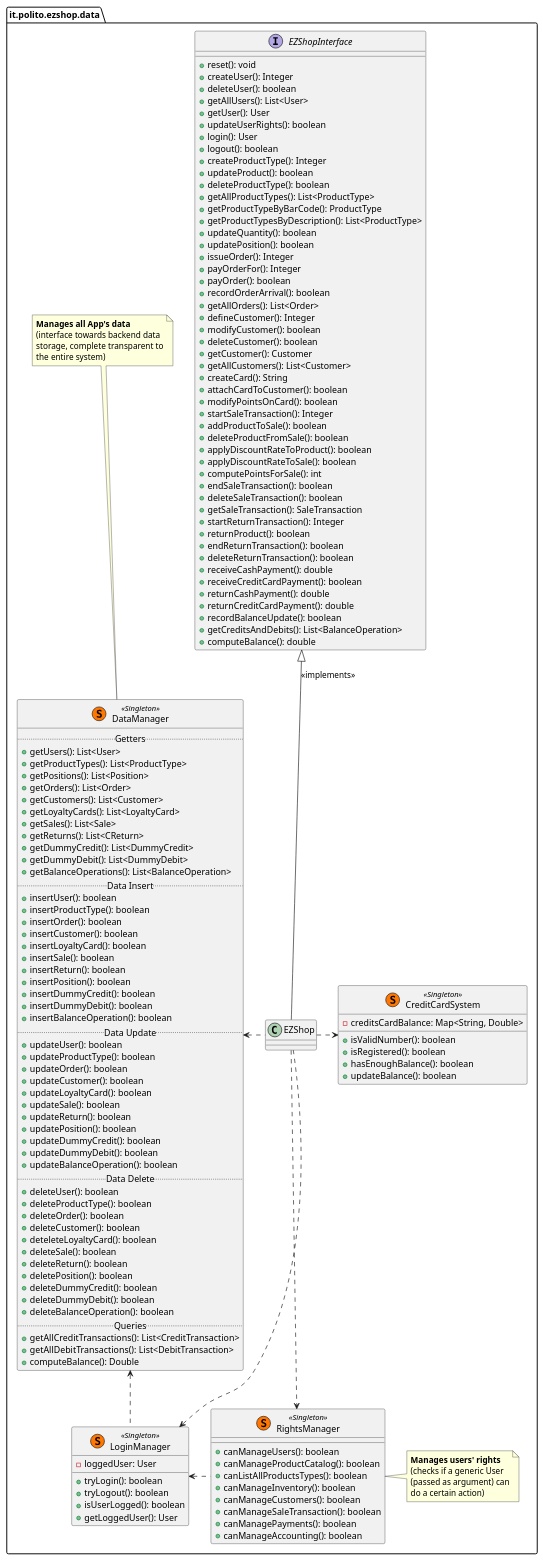
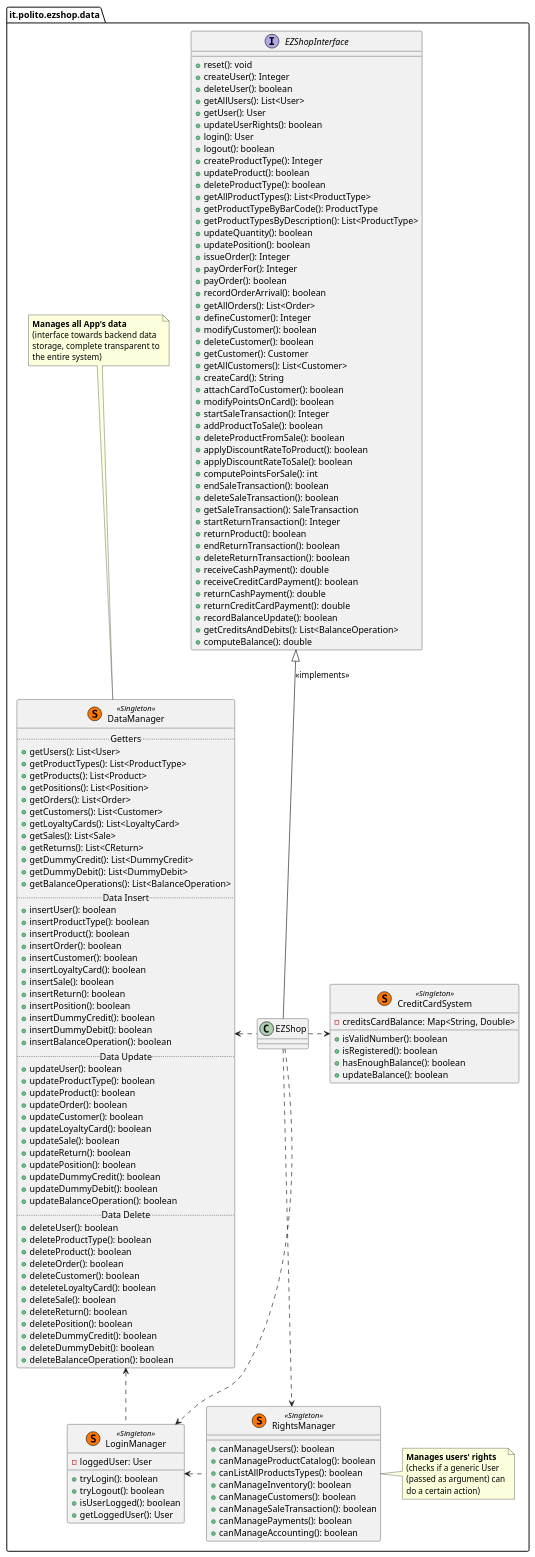
Before and after one commit to thegabriele97/EzShop: the second of 8 diagrams in Deliverables/DesignDocument.md, drawn with PlantUML. The commit also changed other lines of this file, not shown here.

```diff
--- a/Deliverables/DesignDocument.md
+++ b/Deliverables/DesignDocument.md
@@ -142,6 +142,7 @@
         ..Getters..
         +getUsers(): List<User>
         +getProductTypes(): List<ProductType>
+        +getProducts(): List<Product>
         +getPositions(): List<Position>
         +getOrders(): List<Order>
         +getCustomers(): List<Customer>
@@ -154,6 +155,7 @@
         ..Data Insert..
         +insertUser(): boolean
         +insertProductType(): boolean
+        +insertProduct(): boolean
         +insertOrder(): boolean
         +insertCustomer(): boolean
         +insertLoyaltyCard(): boolean
@@ -166,6 +168,7 @@
         ..Data Update..
         +updateUser(): boolean
         +updateProductType(): boolean
+        +updateProduct(): boolean
         +updateOrder(): boolean
         +updateCustomer(): boolean
         +updateLoyaltyCard(): boolean
@@ -178,6 +181,7 @@
         ..Data Delete..
         +deleteUser(): boolean
         +deleteProductType(): boolean
+        +deleteProduct(): boolean
         +deleteOrder(): boolean
         +deleteCustomer(): boolean
         +deteleteLoyaltyCard(): boolean
@@ -187,10 +191,6 @@
         +deleteDummyCredit(): boolean
         +deleteDummyDebit(): boolean
         +deleteBalanceOperation(): boolean
-        ..Queries..
-        +getAllCreditTransactions(): List<CreditTransaction>
-        +getAllDebitTransactions(): List<DebitTransaction>
-        +computeBalance(): Double
     }
 
     class CreditCardSystem << (S,#FF7700) Singleton >> {
```
